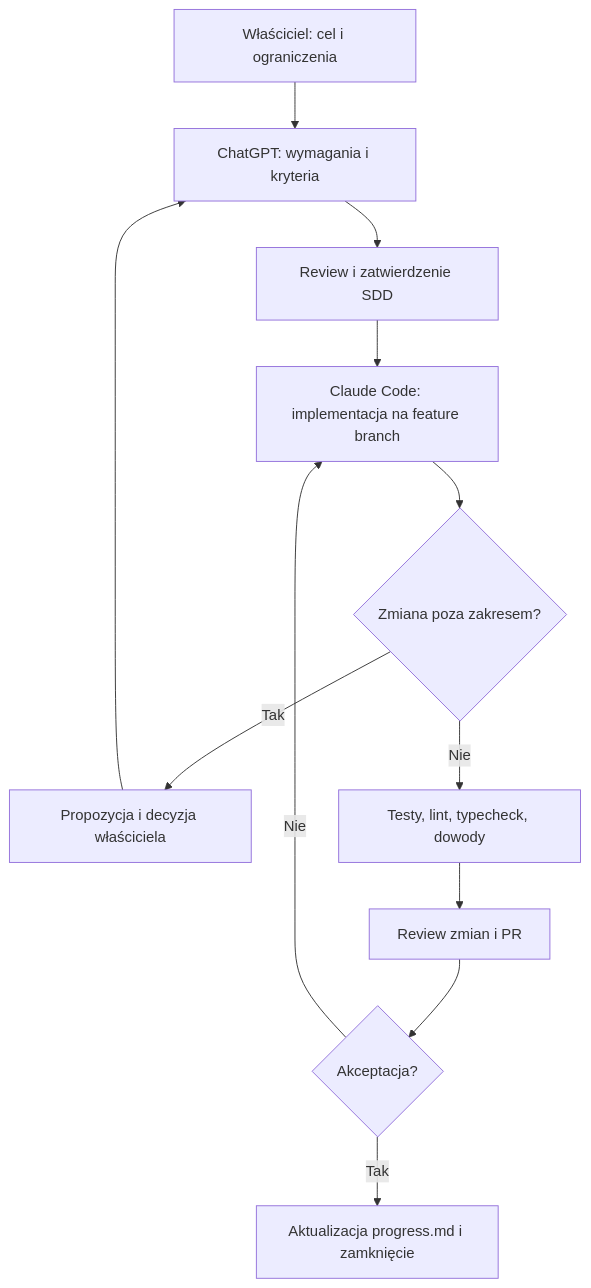
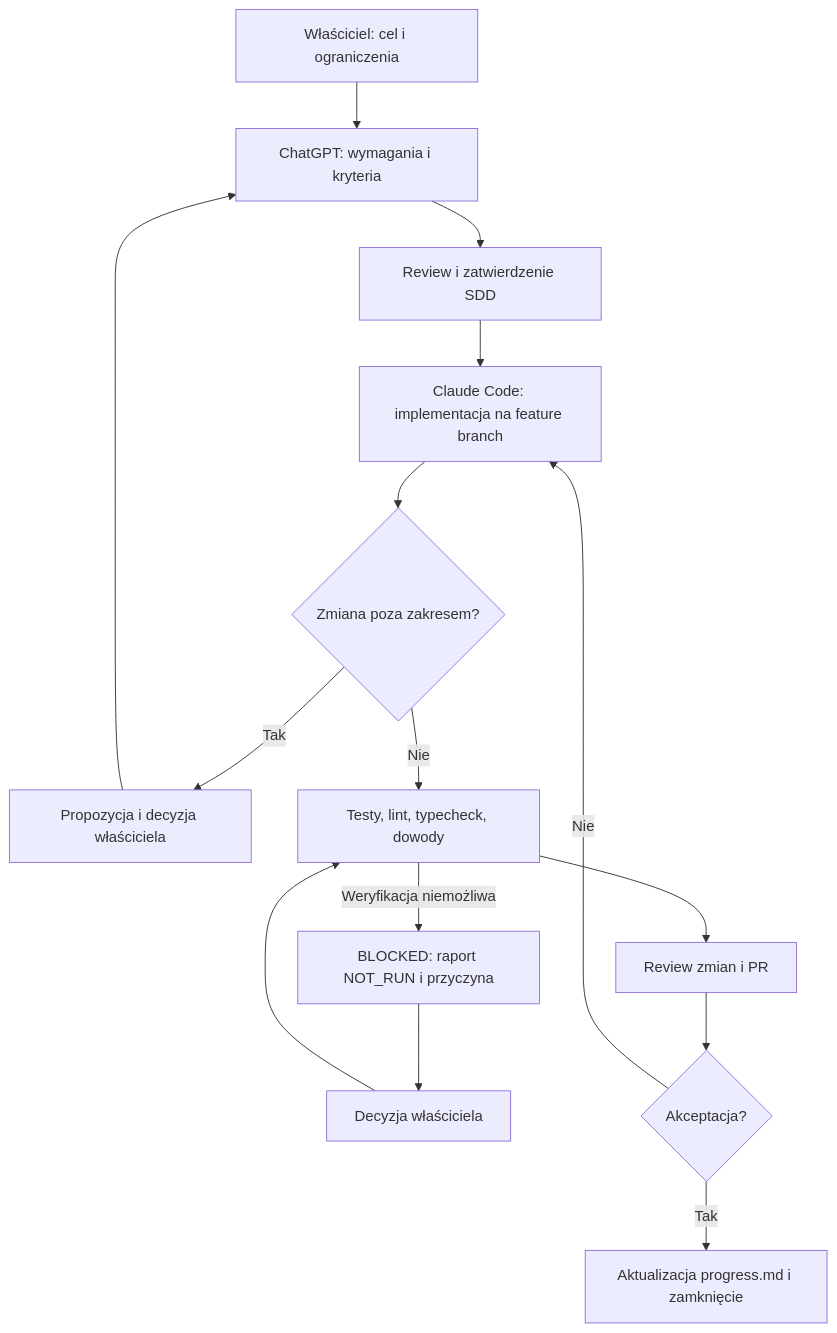
The diagram in specs/002-ai-workflow/design.md (borys94/tetris-multiplayer), drawn with Mermaid before and after one commit. The commit also changed 1 other file, not shown here.

Commit message:
docs(sdd): define BLOCKED exit in lesson 02 workflow
Add the BLOCKED path to the design.md flowchart and the normative
BLOCKED → VERIFYING transition to spec.md (owner decision required).

````diff
--- a/specs/002-ai-workflow/design.md
+++ b/specs/002-ai-workflow/design.md
@@ -9,14 +9,17 @@
 ```mermaid
 flowchart TD
   A[Właściciel: cel i ograniczenia] --> B[ChatGPT: wymagania i kryteria]
   B --> C[Review i zatwierdzenie SDD]
   C --> D[Claude Code: implementacja na feature branch]
   D --> E{Zmiana poza zakresem?}
   E -- Tak --> F[Propozycja i decyzja właściciela]
   F --> B
   E -- Nie --> G[Testy, lint, typecheck, dowody]
+  G -- Weryfikacja niemożliwa --> K[BLOCKED: raport NOT_RUN i przyczyna]
+  K --> L[Decyzja właściciela]
+  L --> G
   G --> H[Review zmian i PR]
   H --> I{Akceptacja?}
   I -- Nie --> D
   I -- Tak --> J[Aktualizacja progress.md i zamknięcie]
 ```
````
